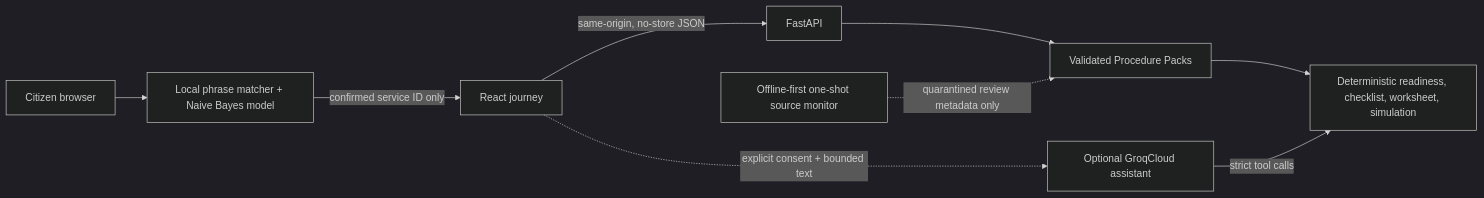
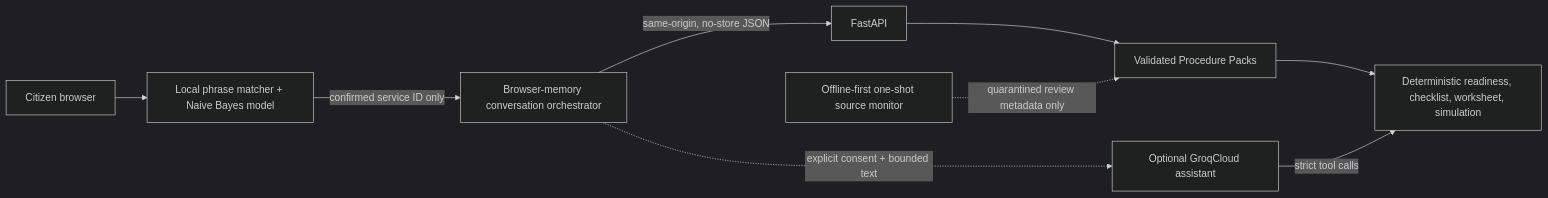
The diagram in README.md (ima-a/Sahayi), drawn with Mermaid (dark theme) before and after one commit. The commit also changed other lines of this file and 14 other files, not shown here.

````diff
--- a/README.md
+++ b/README.md
@@ -32,11 +32,11 @@
 ```mermaid
 flowchart LR
     C[Citizen browser] --> L[Local phrase matcher + Naive Bayes model]
-    L -->|confirmed service ID only| UI[React journey]
+    L -->|confirmed service ID only| UI[Browser-memory conversation orchestrator]
     UI -->|same-origin, no-store JSON| API[FastAPI]
     API --> P[Validated Procedure Packs]
     P --> R[Deterministic readiness, checklist, worksheet, simulation]
     UI -. explicit consent + bounded text .-> A[Optional GroqCloud assistant]
     A -->|strict tool calls| R
     M[Offline-first one-shot source monitor] -. quarantined review metadata only .-> P
 ```
````
